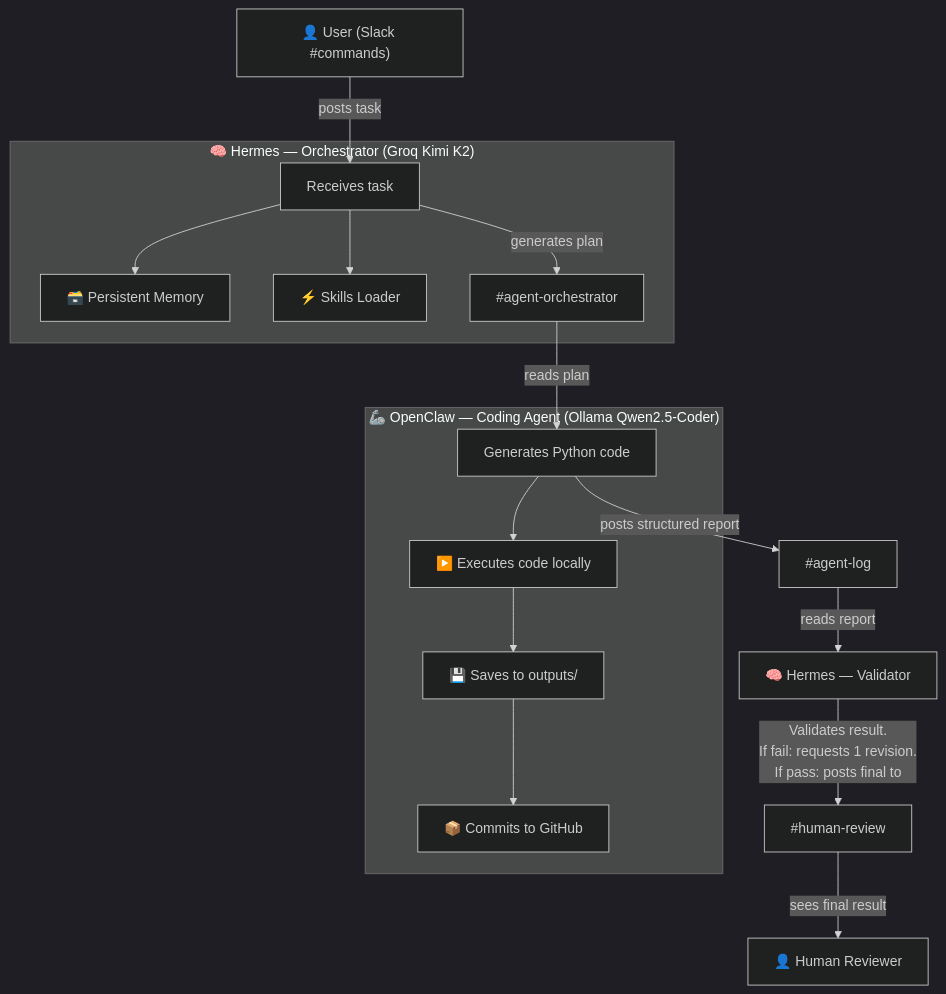
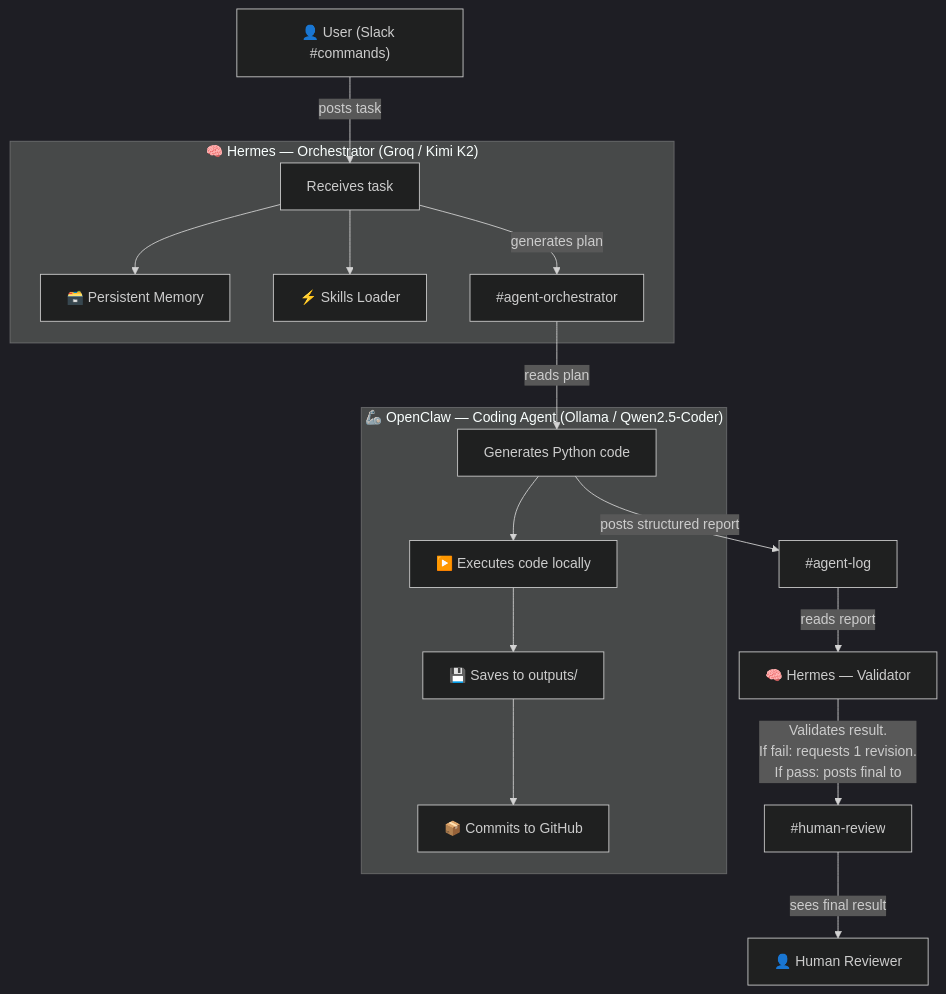
Before and after one commit to Abishek2207/forge2-qualifier-abishek: the diagram in README.md, drawn with Mermaid (dark theme). The commit also changed other lines of this file and 14 other files, not shown here.

````diff
--- a/README.md
+++ b/README.md
@@ -20,36 +21,36 @@
 ```mermaid
 flowchart TD
     User["👤 User (Slack #commands)"] -->|"posts task"| Hermes
 
-    subgraph HermesAgent["🧠 Hermes — Orchestrator (Groq Kimi K2)"]
+    subgraph HermesAgent["🧠 Hermes — Orchestrator (Groq / Kimi K2)"]
         Hermes["Receives task"]
         Memory["🗃️ Persistent Memory"]
         Skills["⚡ Skills Loader"]
         Hermes --> Memory
         Hermes --> Skills
         Hermes -->|"generates plan"| OrchChannel["#agent-orchestrator"]
     end
 
     OrchChannel -->|"reads plan"| OpenClaw
 
-    subgraph OpenClawAgent["🦾 OpenClaw — Coding Agent (Ollama Qwen2.5-Coder)"]
+    subgraph OpenClawAgent["🦾 OpenClaw — Coding Agent (Ollama / Qwen2.5-Coder)"]
         OpenClaw["Generates Python code"]
         Sandbox["▶️ Executes code locally"]
         Outputs["💾 Saves to outputs/"]
         GitPush["📦 Commits to GitHub"]
         
         OpenClaw --> Sandbox
         Sandbox --> Outputs
         Outputs --> GitPush
     end
 
     OpenClaw -->|"posts structured report"| LogChannel["#agent-log"]
 
     LogChannel -->|"reads report"| HermesValidate["🧠 Hermes — Validator"]
     
     HermesValidate -->|"Validates result.
     If fail: requests 1 revision.
     If pass: posts final to"| ReviewChannel["#human-review"]
 
     ReviewChannel -->|"sees final result"| Human["👤 Human Reviewer"]
 ```
````
